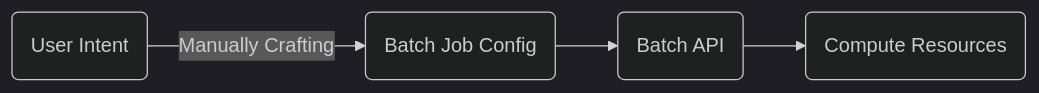
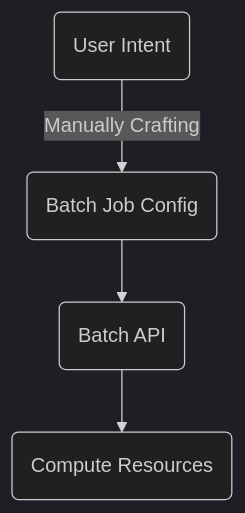
The first of 2 diagrams in README.md (diviner524/intent-2-batch), drawn with Mermaid (dark theme) before and after one commit. The commit also changed other lines of this file, not shown here.

Commit message:
Add a graph for Gemini flow.

````diff
--- a/README.md
+++ b/README.md
@@ -6,6 +6,6 @@
 ```mermaid
-graph LR;
+graph TD;
     UserIntent("User Intent") -->|Manually Crafting| BatchJobConfig("Batch Job Config");
     BatchJobConfig --> BatchAPI("Batch API");
     BatchAPI --> ComputeResources("Compute Resources");
 ```
````
